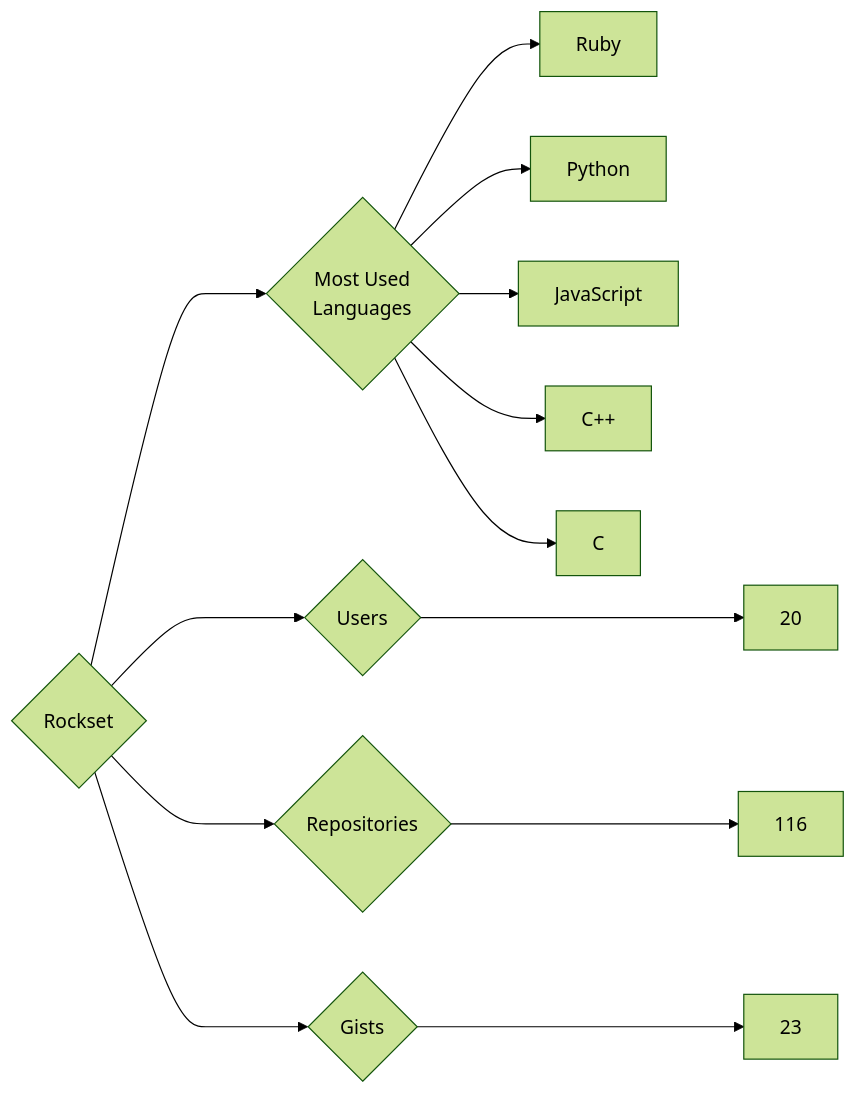
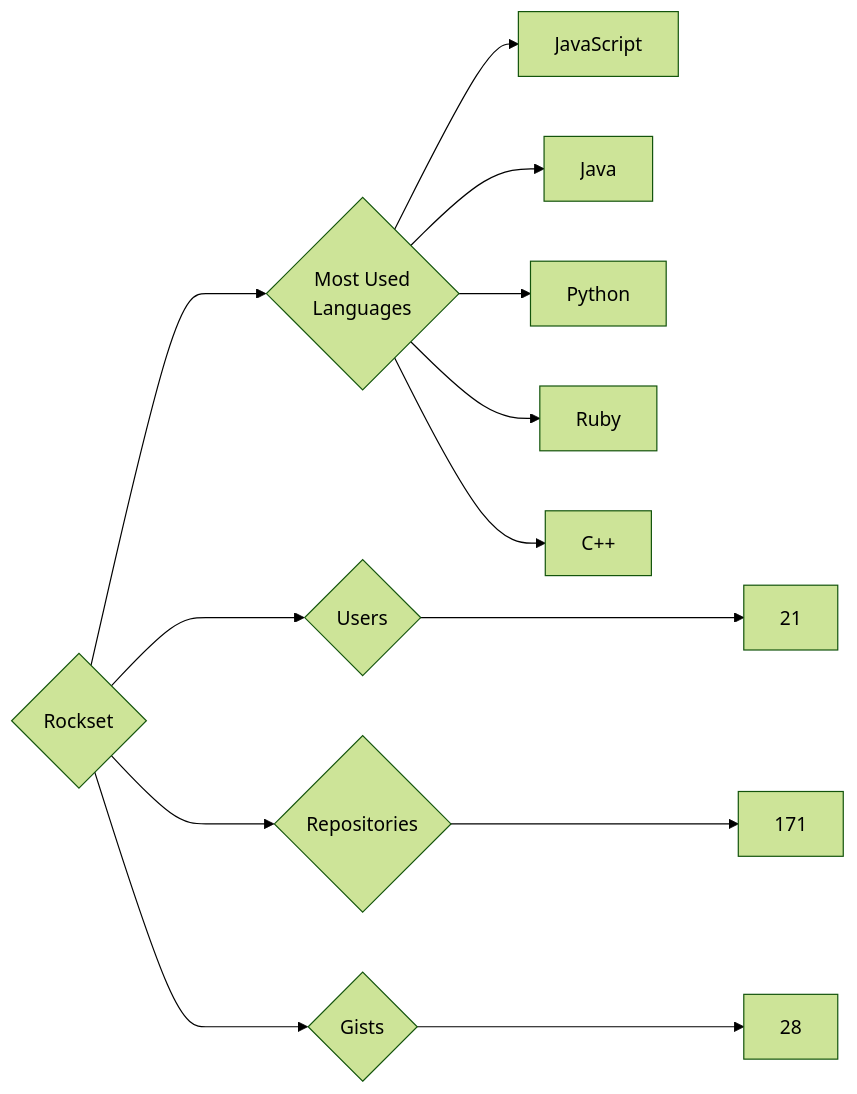
The diagram in targets/Rockset/README.md (trickest/insiders), drawn with Mermaid (forest theme) before and after one commit. The commit also changed 964 other files, not shown here.

````diff
--- a/targets/Rockset/README.md
+++ b/targets/Rockset/README.md
@@ -3,13 +3,13 @@
 ```mermaid
 graph LR
 COMPANY_NAME{Rockset}
-COMPANY_NAME ---> U{Users} ---> UN[20]
-COMPANY_NAME ---> R{Repositories} ---> RN[116]
-COMPANY_NAME ---> G{Gists} ---> GN[23]
+COMPANY_NAME ---> U{Users} ---> UN[21]
+COMPANY_NAME ---> R{Repositories} ---> RN[171]
+COMPANY_NAME ---> G{Gists} ---> GN[28]
 COMPANY_NAME ---> ML{Most Used<br>Languages}
+ML --> JavaScript[JavaScript]
+ML --> Java[Java]
+ML --> Python[Python]
 ML --> Ruby[Ruby]
-ML --> Python[Python]
-ML --> JavaScript[JavaScript]
 ML --> C++[C++]
-ML --> C[C]
 ```
````
